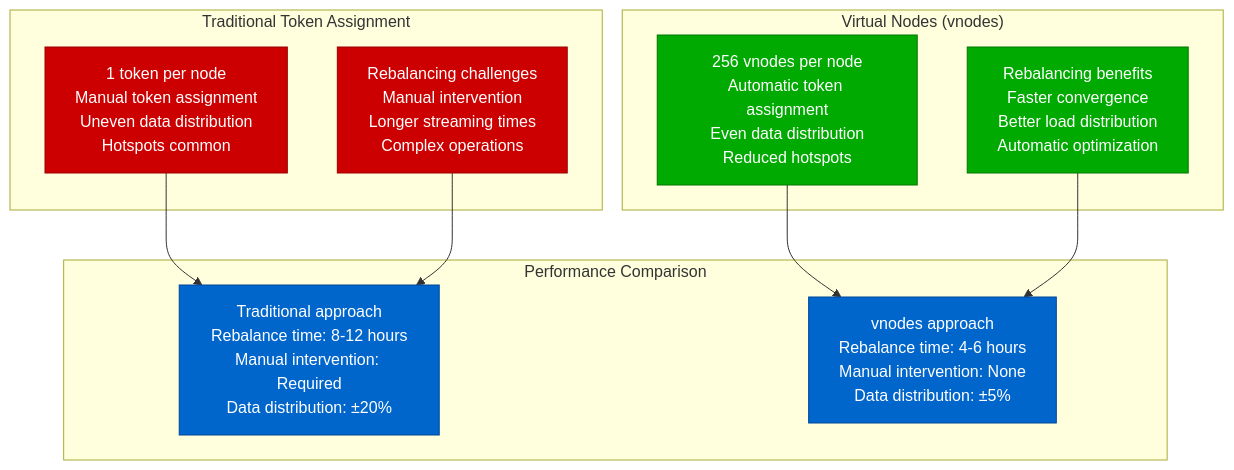
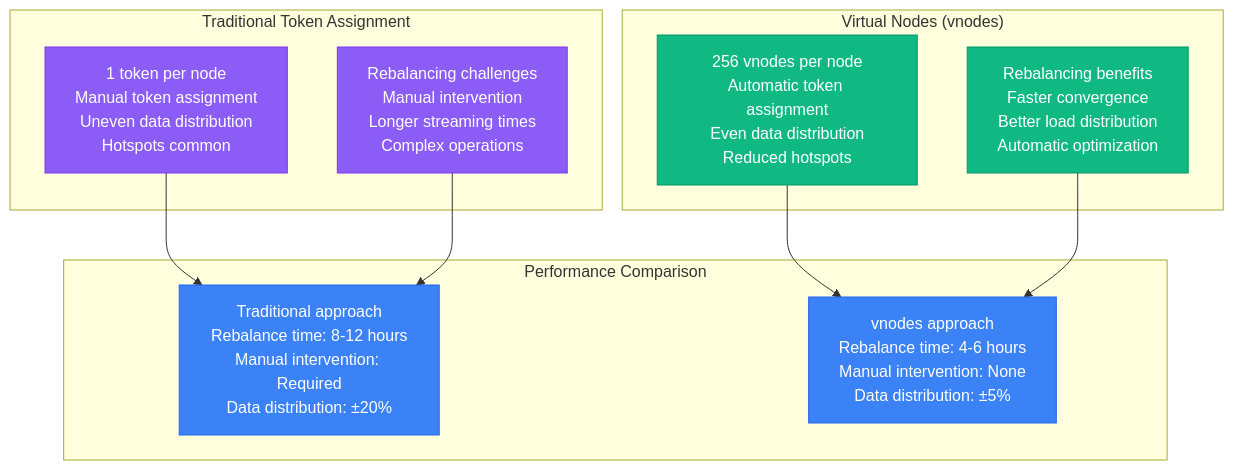
The ninth of 14 diagrams in site/docs/performance/cassandra-performance-profile.md (deepaucksharma/DS), drawn with Mermaid before and after one commit. The commit also changed other lines of this file and 303 other files, not shown here.

````diff
--- a/site/docs/performance/cassandra-performance-profile.md
+++ b/site/docs/performance/cassandra-performance-profile.md
@@ -287,33 +287,33 @@
 ```mermaid
 graph TB
     subgraph "Traditional Token Assignment"
         T1[1 token per node<br/>Manual token assignment<br/>Uneven data distribution<br/>Hotspots common]
 
         T2[Rebalancing challenges<br/>Manual intervention<br/>Longer streaming times<br/>Complex operations]
     end
 
     subgraph "Virtual Nodes (vnodes)"
         V1[256 vnodes per node<br/>Automatic token assignment<br/>Even data distribution<br/>Reduced hotspots]
 
         V2[Rebalancing benefits<br/>Faster convergence<br/>Better load distribution<br/>Automatic optimization]
     end
 
     subgraph "Performance Comparison"
         P1[Traditional approach<br/>Rebalance time: 8-12 hours<br/>Manual intervention: Required<br/>Data distribution: ±20%]
 
         P2[vnodes approach<br/>Rebalance time: 4-6 hours<br/>Manual intervention: None<br/>Data distribution: ±5%]
     end
 
     T1 --> P1
     V1 --> P2
     T2 --> P1
     V2 --> P2
 
-    classDef traditionalStyle fill:#CC0000,stroke:#990000,color:#fff
-    classDef vnodesStyle fill:#00AA00,stroke:#007700,color:#fff
-    classDef perfStyle fill:#0066CC,stroke:#004499,color:#fff
+    classDef traditionalStyle fill:#8B5CF6,stroke:#7C3AED,color:#fff
+    classDef vnodesStyle fill:#10B981,stroke:#059669,color:#fff
+    classDef perfStyle fill:#3B82F6,stroke:#2563EB,color:#fff
 
     class T1,T2 traditionalStyle
     class V1,V2 vnodesStyle
     class P1,P2 perfStyle
 ```
````
